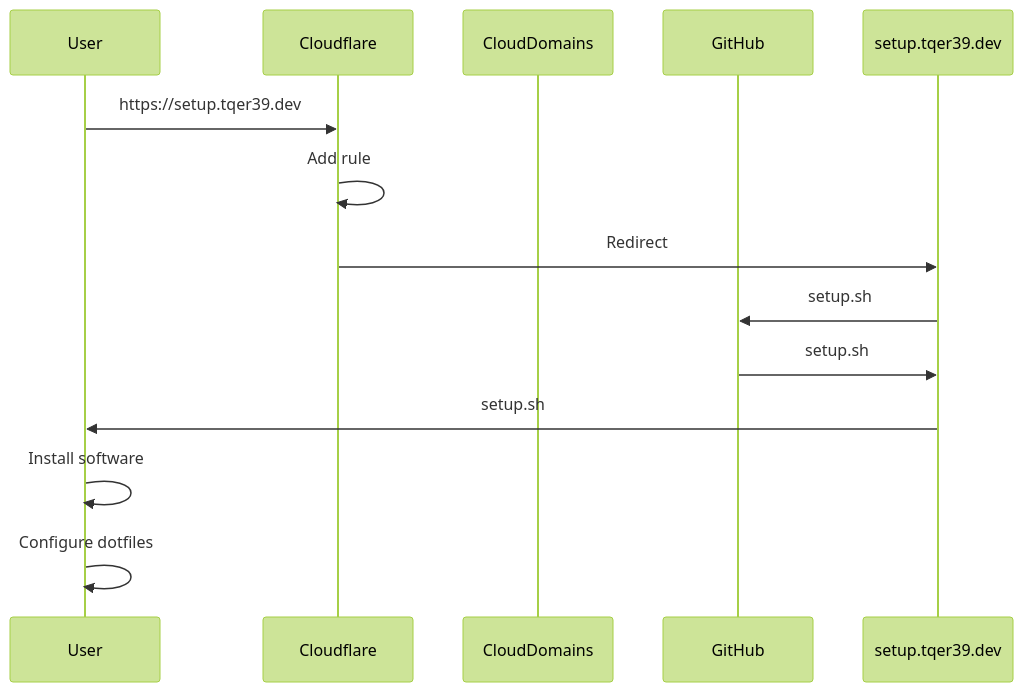
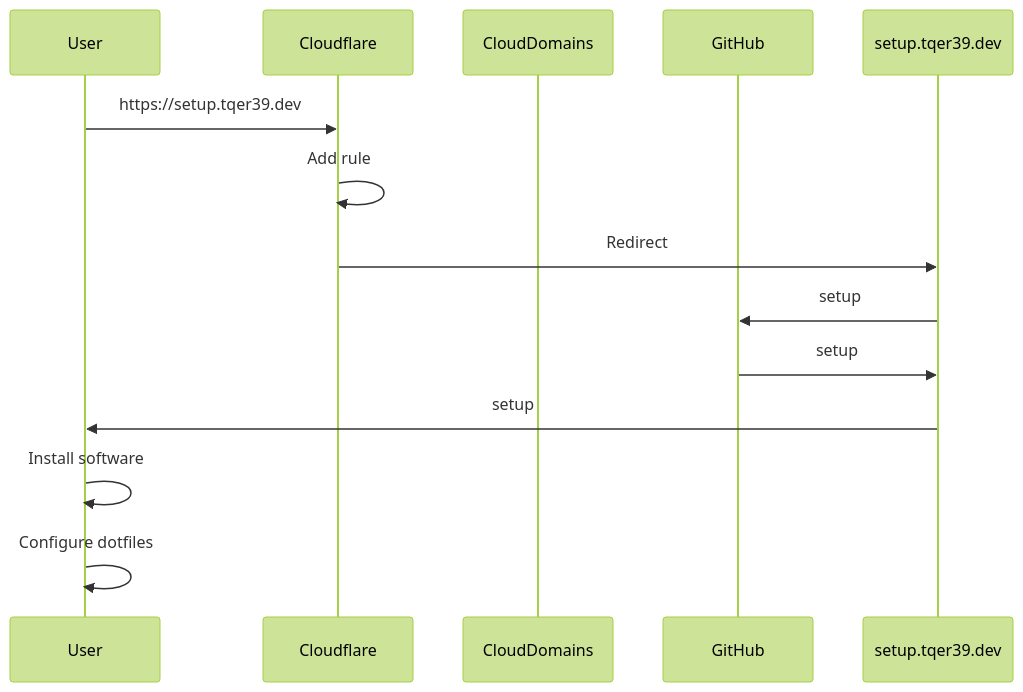
One commit to tqer39/local-workspace-provisioning changed the diagram in README.md. Above: the diagram before and after it, drawn with Mermaid (forest theme). The commit also changed other lines of this file and 13 other files, not shown here.

````diff
--- a/README.md
+++ b/README.md
@@ -22,17 +24,17 @@
 ```mermaid
 sequenceDiagram
   participant User
   participant Cloudflare
   participant CloudDomains
   participant GitHub
   participant setup.tqer39.dev
 
   User->>Cloudflare: https://setup.tqer39.dev
   Cloudflare->>Cloudflare: Add rule
   Cloudflare->>setup.tqer39.dev: Redirect
-  setup.tqer39.dev->>GitHub: setup.sh
-  GitHub->>setup.tqer39.dev: setup.sh
-  setup.tqer39.dev->>User: setup.sh
+  setup.tqer39.dev->>GitHub: setup
+  GitHub->>setup.tqer39.dev: setup
+  setup.tqer39.dev->>User: setup
   User->>User: Install software
   User->>User: Configure dotfiles
 ```
````
